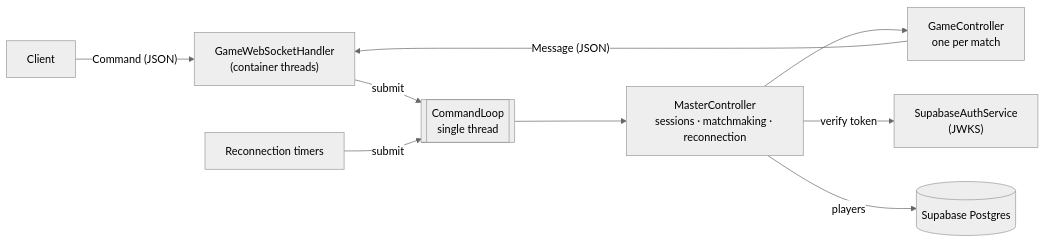
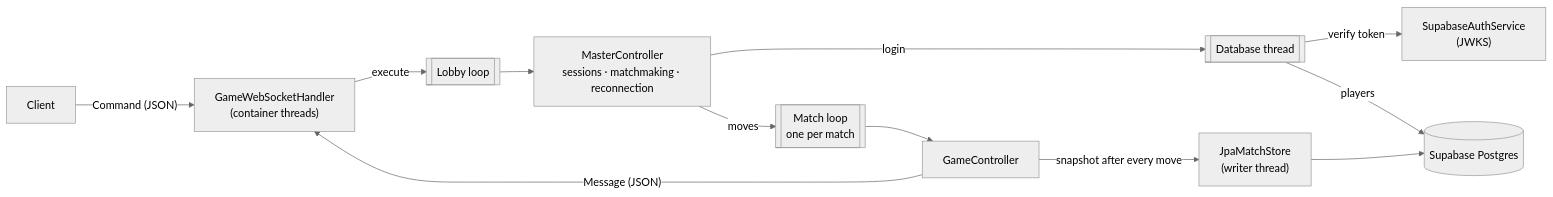
The diagram in README.md (AndreaSacconi7/Ascensore_Server), drawn with Mermaid (neutral theme) before and after one commit. The commit also changed other lines of this file and 28 other files, not shown here.

First line of the commit message:
Run each match on its own loop and restore matches after a restart

````diff
--- a/README.md
+++ b/README.md
@@ -17,11 +17,14 @@
 ```mermaid
 flowchart LR
     C1["Client"] -- "Command (JSON)" --> H["GameWebSocketHandler<br/>(container threads)"]
-    H -- "submit" --> L[["CommandLoop<br/>single thread"]]
-    T["Reconnection timers"] -- "submit" --> L
+    H -- "execute" --> L[["Lobby loop"]]
     L --> M["MasterController<br/>sessions · matchmaking · reconnection"]
-    M --> G1["GameController<br/>one per match"]
+    M -- "login" --> D[["Database thread"]]
+    D -- "verify token" --> A["SupabaseAuthService<br/>(JWKS)"]
+    D -- "players" --> DB[("Supabase Postgres")]
+    M -- "moves" --> ML[["Match loop<br/>one per match"]]
+    ML --> G1["GameController"]
     G1 -- "Message (JSON)" --> H
-    M -- "verify token" --> A["SupabaseAuthService<br/>(JWKS)"]
-    M -- "players" --> DB[("Supabase Postgres")]
+    G1 -- "snapshot after every move" --> S["JpaMatchStore<br/>(writer thread)"]
+    S --> DB
 ```
````
